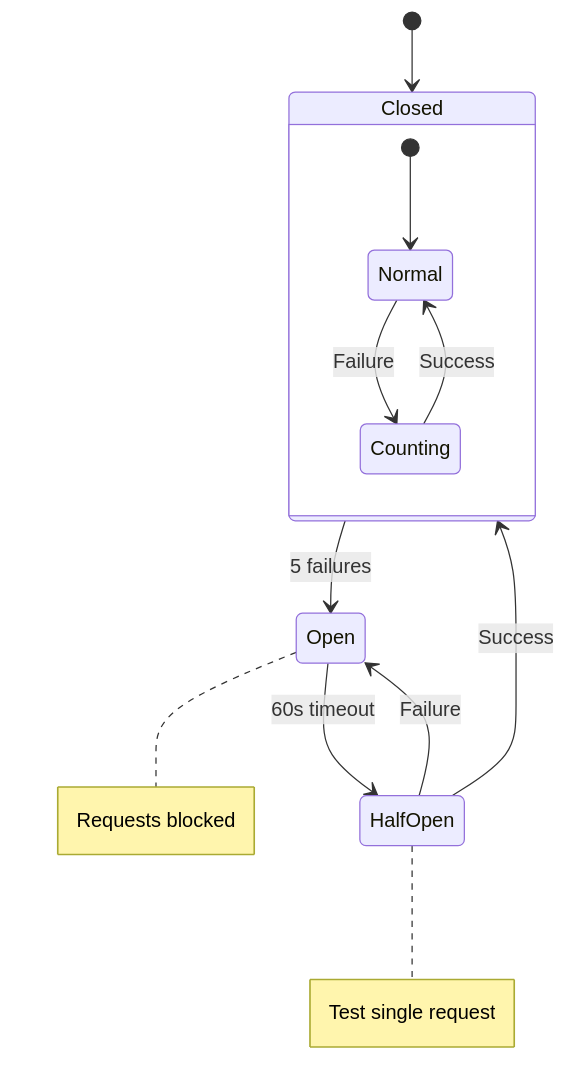
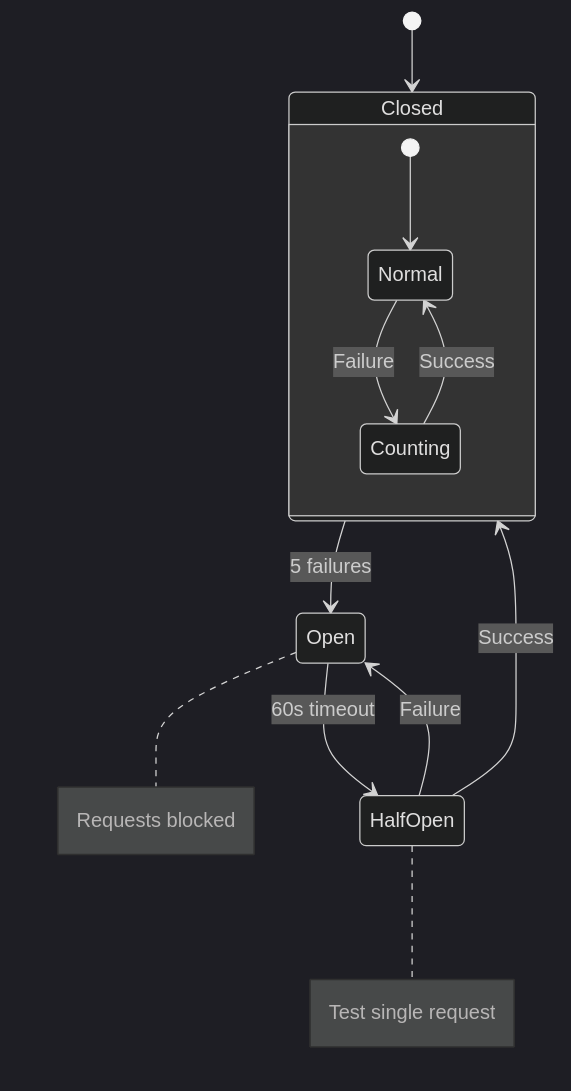
Before and after one commit to arijitchowdhury80/partnerforge: diagram 12 of 13 in docs/architecture/diagrams.md, drawn with Mermaid. The commit also changed other lines of this file, not shown here.

First line of the commit message:
feat: Add dark theme to all mermaid diagrams

````diff
--- a/docs/architecture/diagrams.md
+++ b/docs/architecture/diagrams.md
@@ -469,18 +480,19 @@
 ```mermaid
+%%{init: {'theme': 'dark'}}%%
 stateDiagram-v2
     [*] --> Closed
 
     Closed --> Open: 5 failures
     Open --> HalfOpen: 60s timeout
     HalfOpen --> Closed: Success
     HalfOpen --> Open: Failure
 
     state Closed {
         [*] --> Normal
         Normal --> Counting: Failure
         Counting --> Normal: Success
     }
 
     note right of Open: Requests blocked
     note right of HalfOpen: Test single request
 ```
````
